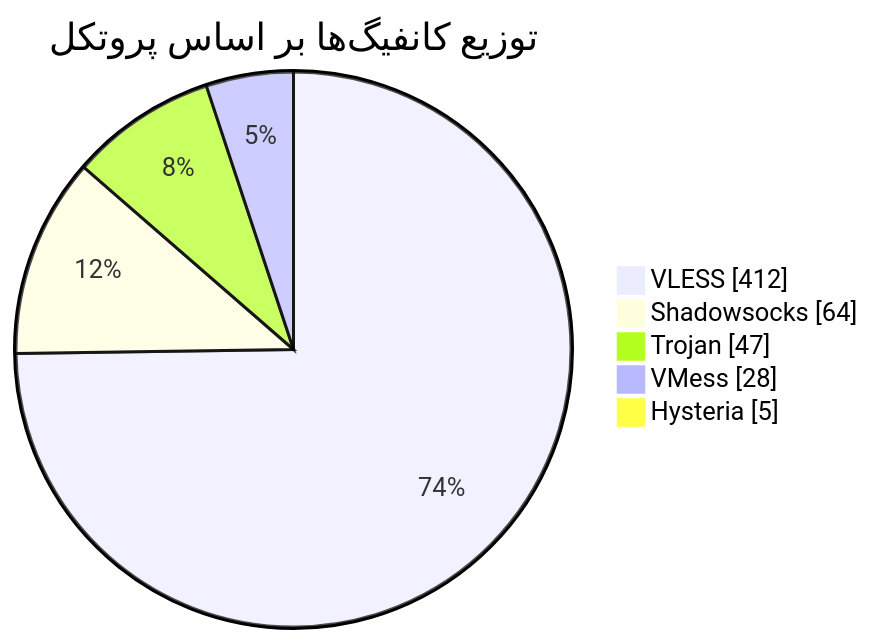
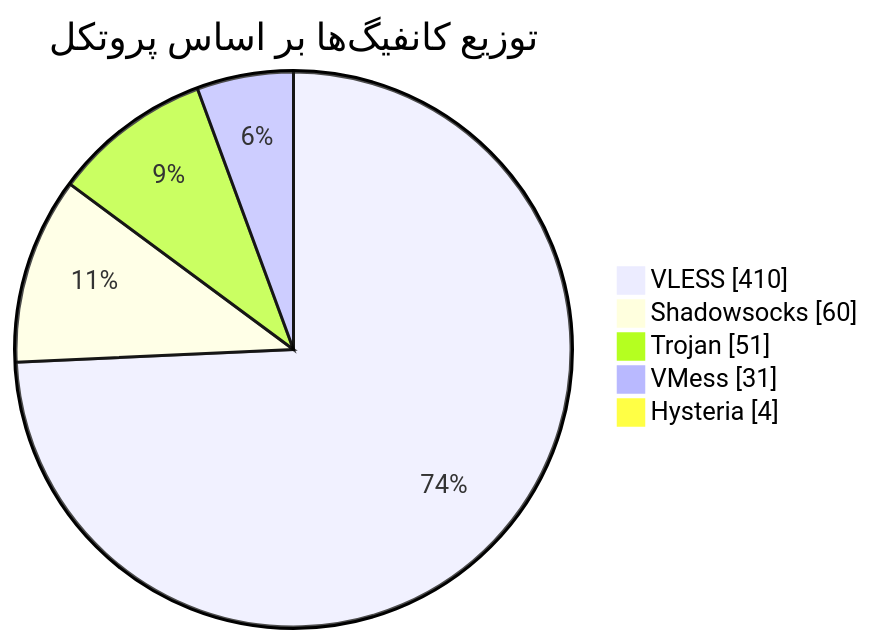
The diagram in README.md (Arian-Alijani/Somthing), drawn with Mermaid before and after one commit. The commit also changed other lines of this file and 87 other files, not shown here.

````diff
--- a/README.md
+++ b/README.md
@@ -47,9 +47,9 @@
 ```mermaid
 pie showData
     title توزیع کانفیگ‌ها بر اساس پروتکل
-    "VLESS" : 412
-    "Shadowsocks" : 64
-    "Trojan" : 47
-    "VMess" : 28
-    "Hysteria" : 5
+    "VLESS" : 410
+    "Shadowsocks" : 60
+    "Trojan" : 51
+    "VMess" : 31
+    "Hysteria" : 4
 ```
````
